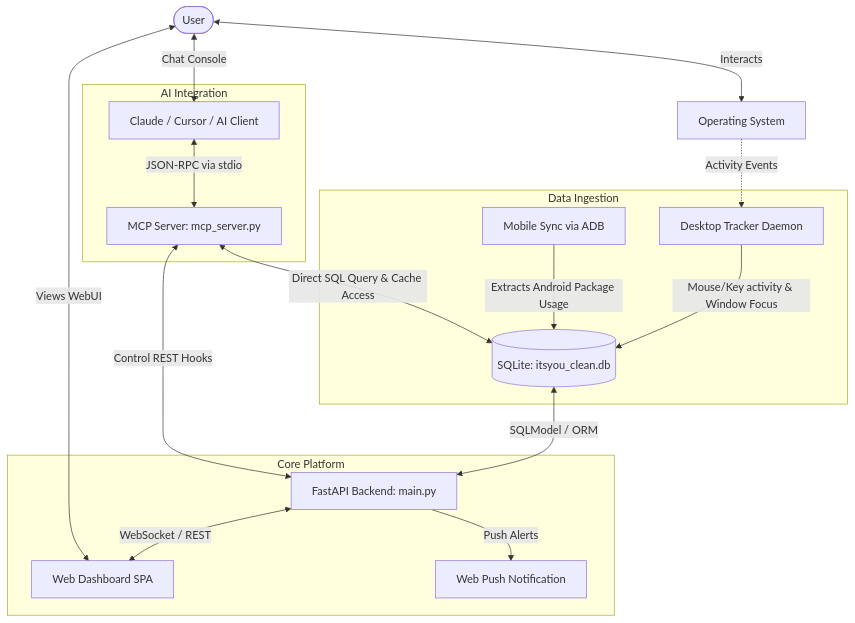
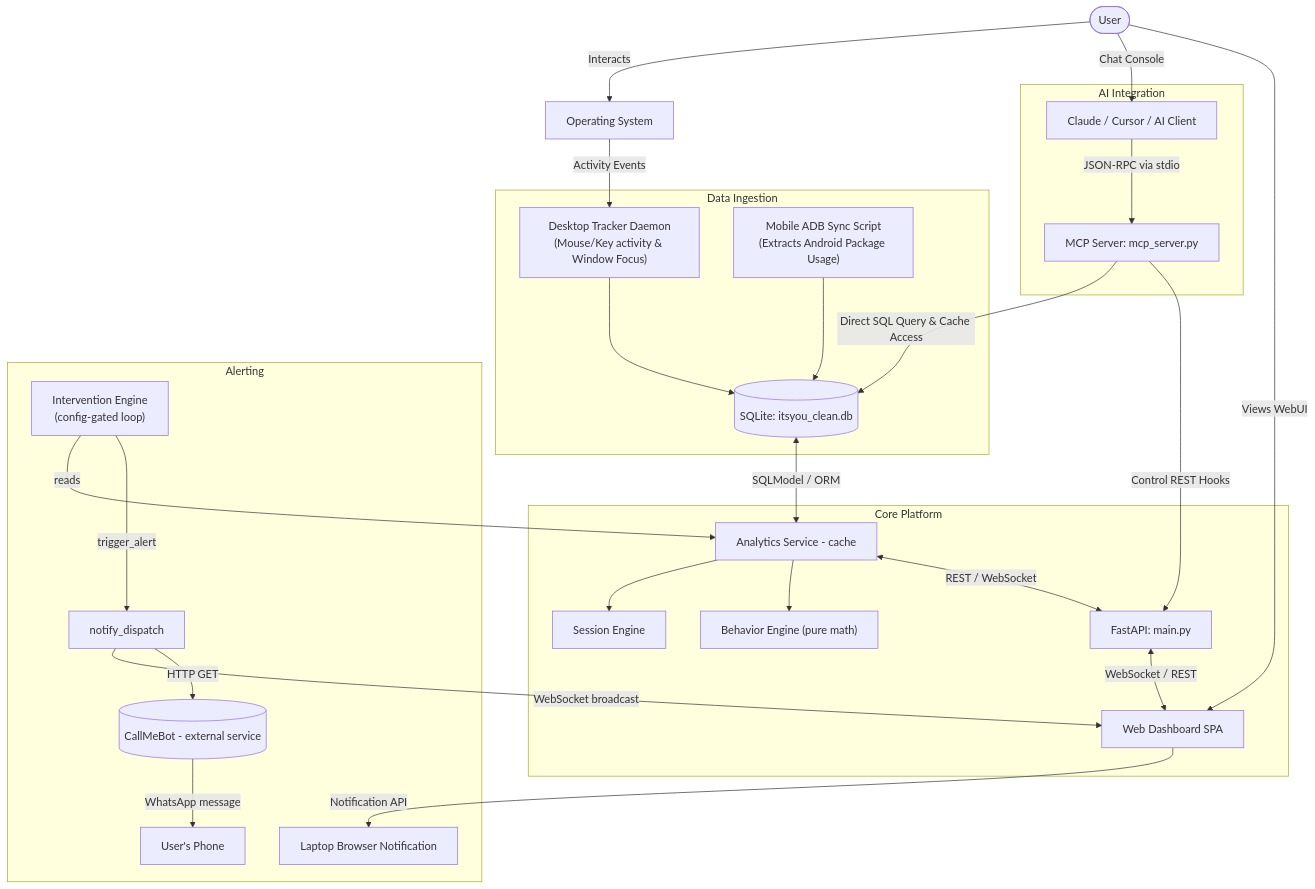
The diagram in README.md (Kondareddy1209/MCP), drawn with Mermaid before and after one commit.

Commit message:
Update README system architecture flowchart with detailed alerting and service pipelines

````diff
--- a/README.md
+++ b/README.md
@@ -16,26 +16,57 @@
 ```mermaid
-graph TD
-    User([User]) <-->|Interacts| OS[Operating System]
+flowchart TD
+    User([User])
+    OS[Operating System]
     
-    subgraph Data Ingestion
-        Desktop[Desktop Tracker Daemon] -->|Mouse/Key activity & Window Focus| DB[(SQLite: itsyou_clean.db)]
-        Mobile[Mobile Sync via ADB] -->|Extracts Android Package Usage| DB
+    subgraph Ingestion["Data Ingestion"]
+        Desktop["Desktop Tracker Daemon<br>(Mouse/Key activity & Window Focus)"]
+        Mobile["Mobile ADB Sync Script<br>(Extracts Android Package Usage)"]
+        DB[("SQLite: itsyou_clean.db")]
     end
     
-    OS -.->|Activity Events| Desktop
-    
-    subgraph Core Platform
-        DB <-->|SQLModel / ORM| FastAPI[FastAPI Backend: main.py]
-        FastAPI <-->|WebSocket / REST| WebUI[Web Dashboard SPA]
-        FastAPI -->|Push Alerts| BrowserNotification[Web Push Notification]
+    subgraph AI["AI Integration"]
+        Client["Claude / Cursor / AI Client"]
+        MCP["MCP Server: mcp_server.py"]
     end
     
-    subgraph AI Integration
-        MCP[MCP Server: mcp_server.py] <-->|Direct SQL Query & Cache Access| DB
-        MCP <-->|Control REST Hooks| FastAPI
-        LLM[Claude / Cursor / AI Client] <-->|JSON-RPC via stdio| MCP
+    subgraph Core["Core Platform"]
+        Cache["Analytics Service - cache"]
+        Session["Session Engine"]
+        Behavior["Behavior Engine (pure math)"]
+        FastAPI["FastAPI: main.py"]
+        UI["Web Dashboard SPA"]
+    end
+    
+    subgraph Alert["Alerting"]
+        Engine["Intervention Engine<br>(config-gated loop)"]
+        Dispatch["notify_dispatch"]
+        Bot[("CallMeBot - external service")]
+        Laptop["Laptop Browser Notification"]
+        Phone["User's Phone"]
     end
 
-    User <-->|Views WebUI| WebUI
-    User <-->|Chat Console| LLM
+    %% Connections
+    User -->|Interacts| OS
+    OS -->|Activity Events| Desktop
+    Desktop --> DB
+    Mobile --> DB
+    
+    User -->|Chat Console| Client
+    Client -->|JSON-RPC via stdio| MCP
+    MCP -->|Direct SQL Query & Cache Access| DB
+    MCP -->|Control REST Hooks| FastAPI
+    
+    DB <-->|SQLModel / ORM| Cache
+    Cache --> Session
+    Cache --> Behavior
+    Cache <-->|REST / WebSocket| FastAPI
+    FastAPI <-->|WebSocket / REST| UI
+    User -->|Views WebUI| UI
+    
+    Engine -->|reads| Cache
+    Engine -->|trigger_alert| Dispatch
+    Dispatch -->|WebSocket broadcast| UI
+    Dispatch -->|HTTP GET| Bot
+    UI -->|Notification API| Laptop
+    Bot -->|WhatsApp message| Phone
 ```
````
